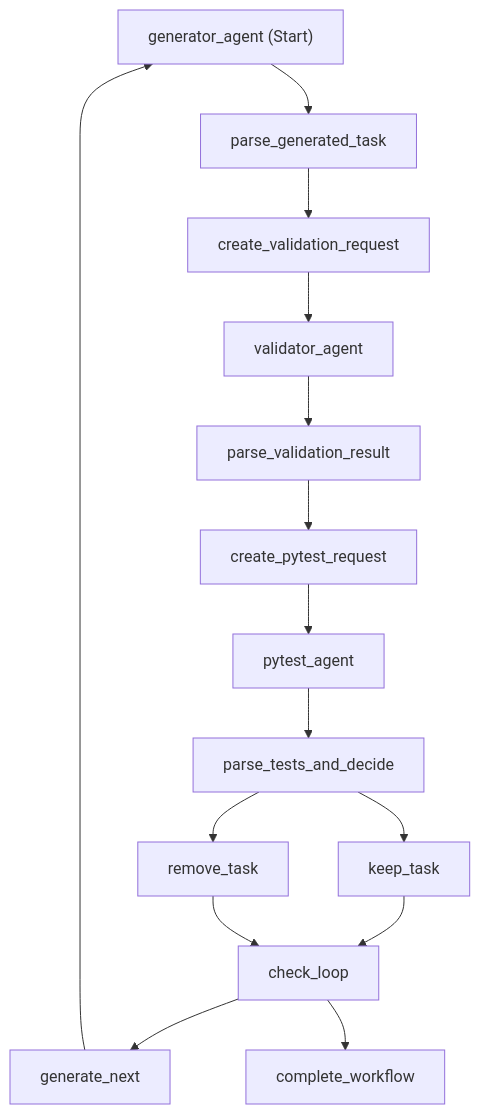
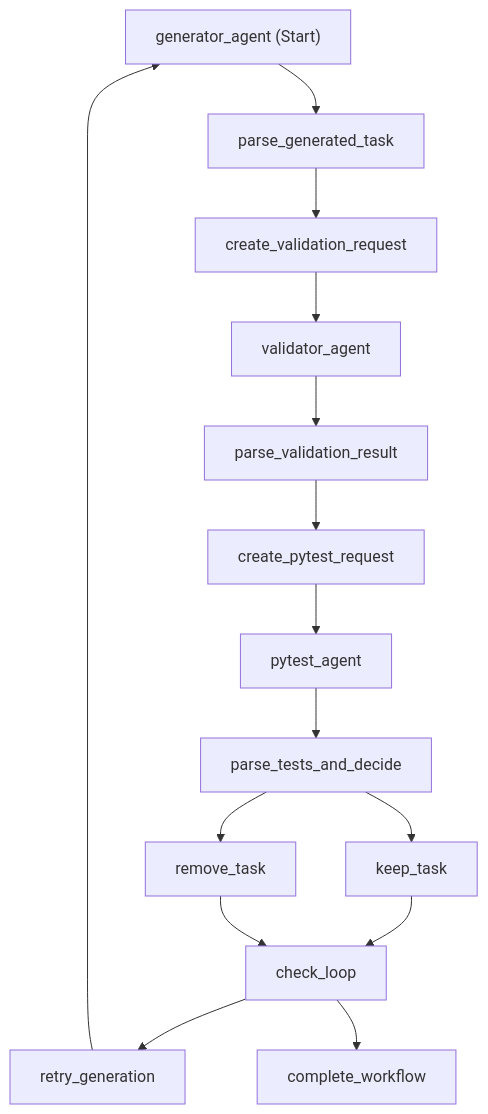
Before and after one commit to wongcyrus/k8s-game-rule-builder: the diagram in WORKFLOW.md, drawn with Mermaid. The commit also changed other lines of this file and 11 other files, not shown here.

````diff
--- a/WORKFLOW.md
+++ b/WORKFLOW.md
@@ -45,30 +46,30 @@
 ```mermaid
 flowchart TD
   generator_agent["generator_agent (Start)"];
   parse_generated_task["parse_generated_task"];
   create_validation_request["create_validation_request"];
   validator_agent["validator_agent"];
   parse_validation_result["parse_validation_result"];
   create_pytest_request["create_pytest_request"];
   pytest_agent["pytest_agent"];
   parse_tests_and_decide["parse_tests_and_decide"];
   keep_task["keep_task"];
   remove_task["remove_task"];
   check_loop["check_loop"];
-  generate_next["generate_next"];
+  retry_generation["retry_generation"];
   complete_workflow["complete_workflow"];
   generator_agent --> parse_generated_task;
   parse_generated_task --> create_validation_request;
   create_validation_request --> validator_agent;
   validator_agent --> parse_validation_result;
   parse_validation_result --> create_pytest_request;
   create_pytest_request --> pytest_agent;
   pytest_agent --> parse_tests_and_decide;
   parse_tests_and_decide --> keep_task;
   parse_tests_and_decide --> remove_task;
   keep_task --> check_loop;
   remove_task --> check_loop;
-  check_loop --> generate_next;
+  check_loop --> retry_generation;
   check_loop --> complete_workflow;
-  generate_next --> generator_agent;
+  retry_generation --> generator_agent;
 ```
````
